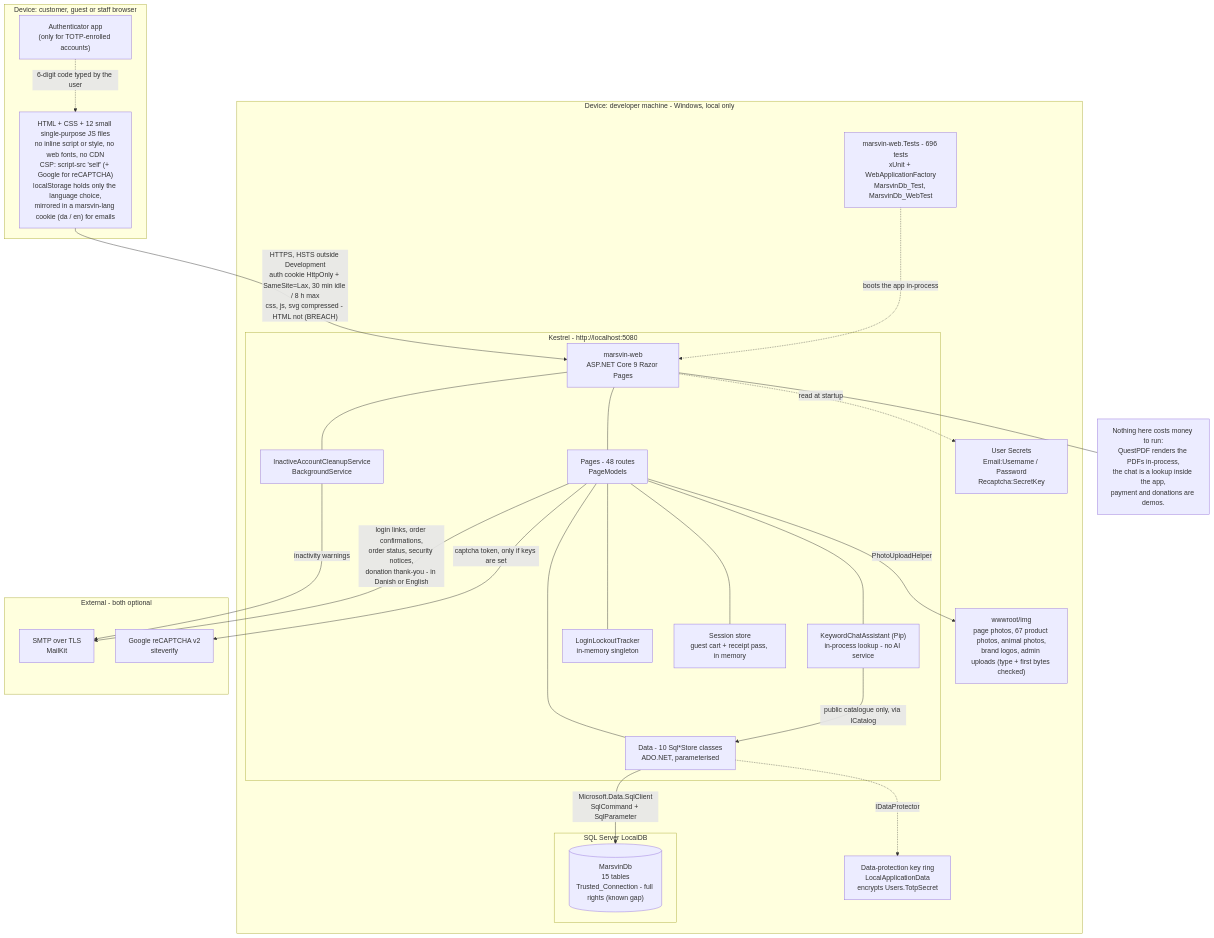
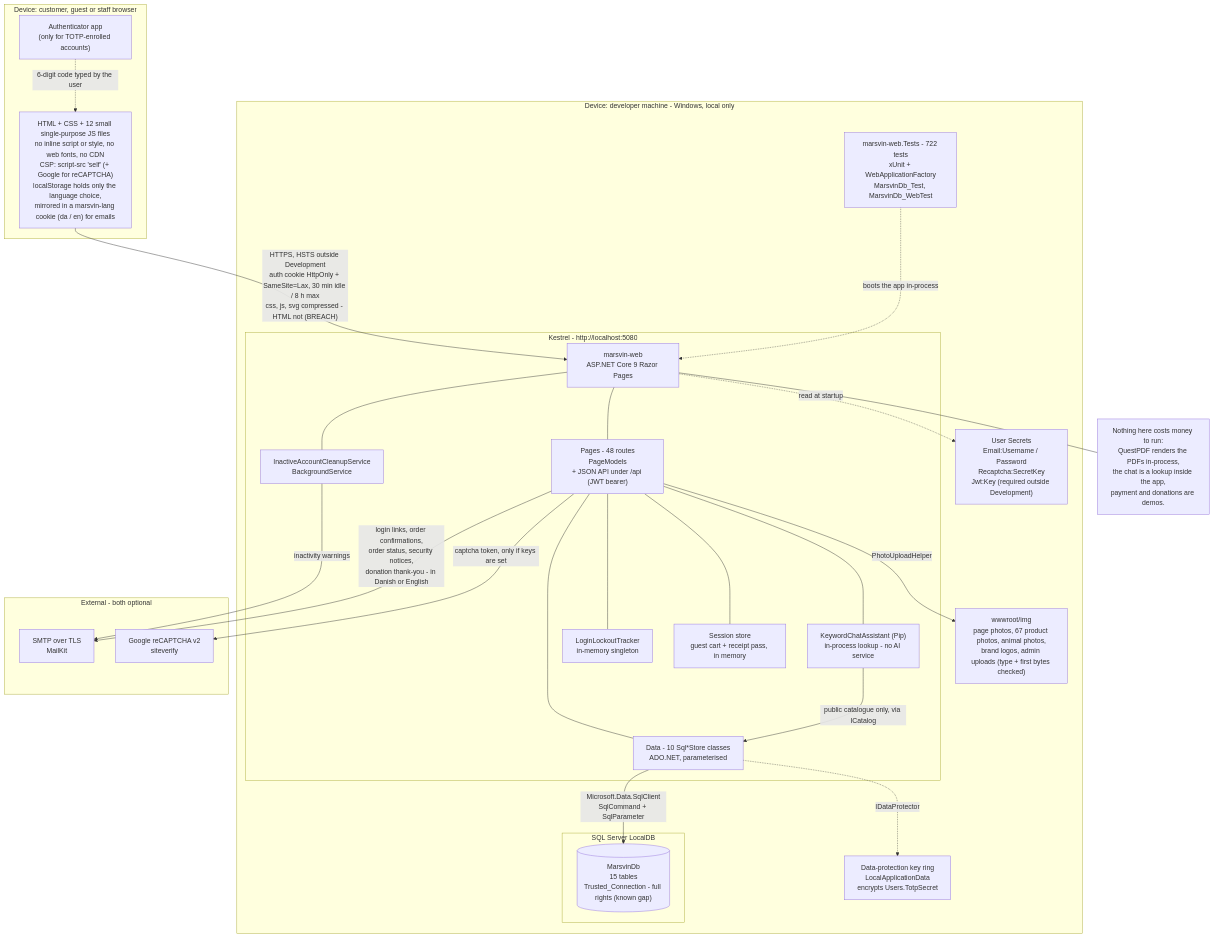
The diagram in diagrams/marsvin-deployment.mermaid (Elvie-Abarth/Esti-whent-creazy-whit-the-protject), drawn with Mermaid before and after one commit. The commit also changed 5 other files, not shown here.

First line of the commit message:
Update diagram sources for the JWT API; add JWT rows to the test table

```diff
--- a/diagrams/marsvin-deployment.mermaid
+++ b/diagrams/marsvin-deployment.mermaid
@@ -1,50 +1,50 @@
 flowchart TB
     subgraph CLIENT["Device: customer, guest or staff browser"]
         BROWSER["HTML + CSS + 12 small single-purpose JS files<br/>no inline script or style, no web fonts, no CDN<br/>CSP: script-src 'self' (+ Google for reCAPTCHA)<br/>localStorage holds only the language choice,<br/>mirrored in a marsvin-lang cookie (da / en) for emails"]
         AUTHAPP["Authenticator app<br/>(only for TOTP-enrolled accounts)"]
     end
 
     subgraph DEV["Device: developer machine - Windows, local only"]
         subgraph KESTREL["Kestrel - http://localhost:5080"]
             APP["marsvin-web<br/>ASP.NET Core 9 Razor Pages"]
-            PAGES["Pages - 48 routes<br/>PageModels"]
+            PAGES["Pages - 48 routes<br/>PageModels<br/>+ JSON API under /api (JWT bearer)"]
             STORES["Data - 10 Sql*Store classes<br/>ADO.NET, parameterised"]
             CHATBOT["KeywordChatAssistant (Pip)<br/>in-process lookup - no AI service"]
             BG["InactiveAccountCleanupService<br/>BackgroundService"]
             LOCK["LoginLockoutTracker<br/>in-memory singleton"]
             SESS["Session store<br/>guest cart + receipt pass, in memory"]
             APP --- PAGES
             PAGES --- STORES
             PAGES --- CHATBOT
             APP --- BG
             PAGES --- LOCK
             PAGES --- SESS
         end
         subgraph SQL["SQL Server LocalDB"]
             DBASE[("MarsvinDb<br/>15 tables<br/>Trusted_Connection - full rights (known gap)")]
         end
         KEYS["Data-protection key ring<br/>LocalApplicationData<br/>encrypts Users.TotpSecret"]
         UPLOADS["wwwroot/img<br/>page photos, 67 product photos, animal photos,<br/>brand logos, admin uploads (type + first bytes checked)"]
-        SECRETS["User Secrets<br/>Email:Username / Password<br/>Recaptcha:SecretKey"]
-        TESTS["marsvin-web.Tests - 696 tests<br/>xUnit + WebApplicationFactory<br/>MarsvinDb_Test, MarsvinDb_WebTest"]
+        SECRETS["User Secrets<br/>Email:Username / Password<br/>Recaptcha:SecretKey<br/>Jwt:Key (required outside Development)"]
+        TESTS["marsvin-web.Tests - 722 tests<br/>xUnit + WebApplicationFactory<br/>MarsvinDb_Test, MarsvinDb_WebTest"]
     end
 
     subgraph EXT["External - both optional"]
         SMTPSVC["SMTP over TLS<br/>MailKit"]
         GRECAP["Google reCAPTCHA v2<br/>siteverify"]
     end
 
     BROWSER -->|"HTTPS, HSTS outside Development<br/>auth cookie HttpOnly + SameSite=Lax, 30 min idle / 8 h max<br/>css, js, svg compressed - HTML not (BREACH)"| APP
     AUTHAPP -.->|"6-digit code typed by the user"| BROWSER
     STORES -->|"Microsoft.Data.SqlClient<br/>SqlCommand + SqlParameter"| DBASE
     CHATBOT -->|"public catalogue only, via ICatalog"| STORES
     STORES -.->|"IDataProtector"| KEYS
     PAGES -->|"PhotoUploadHelper"| UPLOADS
     APP -.->|"read at startup"| SECRETS
     BG -->|"inactivity warnings"| SMTPSVC
     PAGES -->|"login links, order confirmations,<br/>order status, security notices,<br/>donation thank-you - in Danish or English"| SMTPSVC
     PAGES -->|"captcha token, only if keys are set"| GRECAP
     TESTS -.->|"boots the app in-process"| APP
 
     NOTE["Nothing here costs money to run:<br/>QuestPDF renders the PDFs in-process,<br/>the chat is a lookup inside the app,<br/>payment and donations are demos."]
     APP --- NOTE
```
